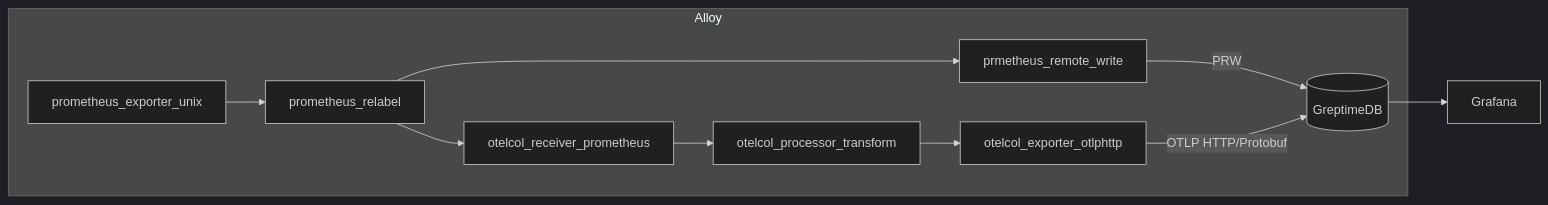
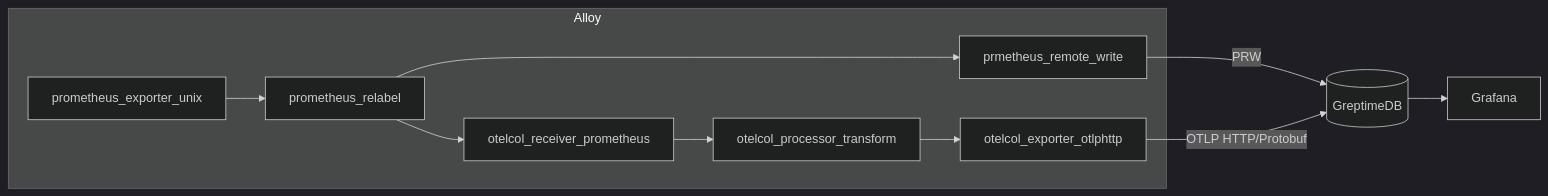
Before and after one commit to GreptimeTeam/demo-scene: the diagram in grafana-alloy/README.md, drawn with Mermaid (dark theme).

Commit message:
docs: correct mermaid again

````diff
--- a/grafana-alloy/README.md
+++ b/grafana-alloy/README.md
@@ -73,18 +73,19 @@
 ```mermaid
 flowchart LR
   greptimedb[(GreptimeDB)]
   grafana[Grafana]
 
   subgraph alloy[Alloy]
     prometheus_exporter_unix --> prometheus_relabel
     prometheus_relabel --> prmetheus_remote_write
-    prmetheus_remote_write --> |PRW| greptimedb
 
     prometheus_relabel --> otelcol_receiver_prometheus
     otelcol_receiver_prometheus --> otelcol_processor_transform
     otelcol_processor_transform --> otelcol_exporter_otlphttp
-    otelcol_exporter_otlphttp --> |OTLP HTTP/Protobuf| greptimedb
   end
+
+  prmetheus_remote_write --> |PRW| greptimedb
+  otelcol_exporter_otlphttp --> |OTLP HTTP/Protobuf| greptimedb
 
   greptimedb --> grafana
 ```
````
